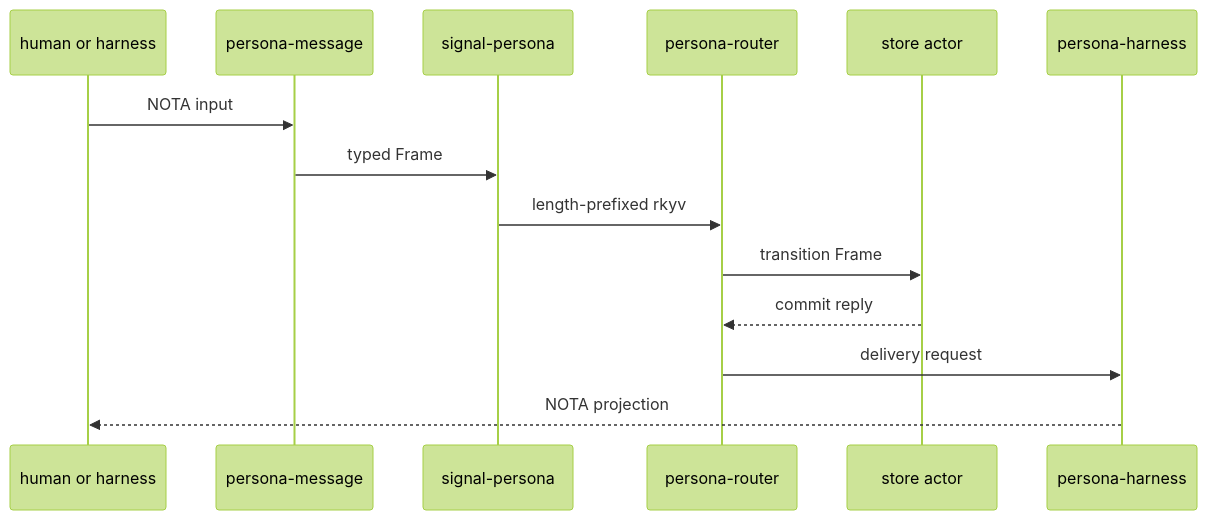
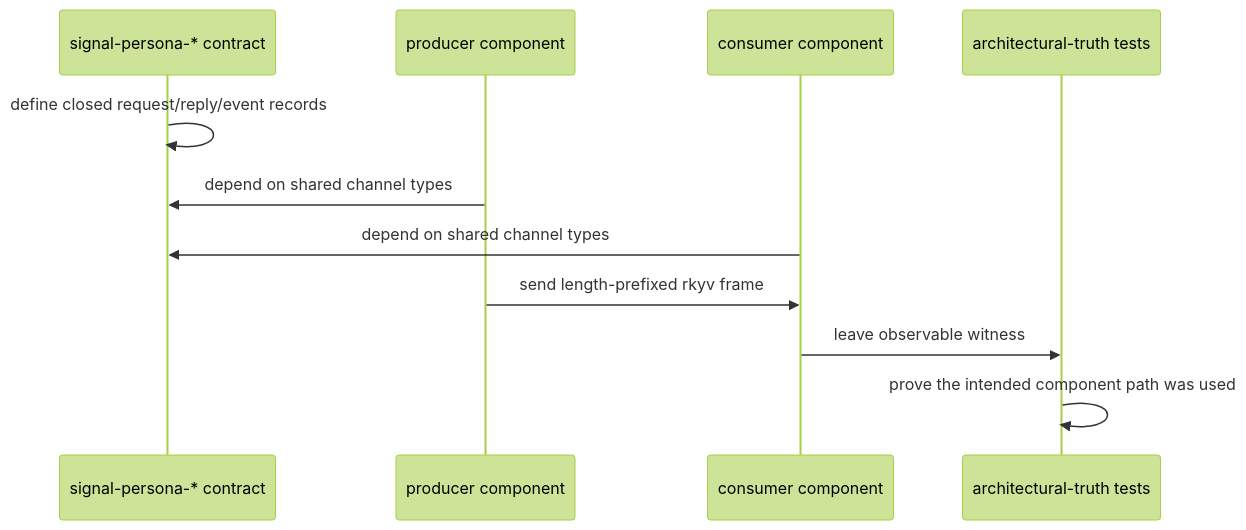
The second of 4 diagrams in ARCHITECTURE.md (LiGoldragon/persona), drawn with Mermaid (forest theme) before and after one commit. The commit also changed other lines of this file, not shown here.

Commit message:
update persona apex architecture re-read architecture-editor reporting contract-repo architectural-truth-tests

````diff
--- a/ARCHITECTURE.md
+++ b/ARCHITECTURE.md
@@ -70,17 +108,14 @@
 ```mermaid
 sequenceDiagram
-    participant Human as human or harness
-    participant Message as persona-message
-    participant Signal as signal-persona
-    participant Router as persona-router
-    participant Store as store actor
-    participant Harness as persona-harness
+    participant Contract as signal-persona-* contract
+    participant Producer as producer component
+    participant Consumer as consumer component
+    participant Tests as architectural-truth tests
 
-    Human->>Message: NOTA input
-    Message->>Signal: typed Frame
-    Signal->>Router: length-prefixed rkyv
-    Router->>Store: transition Frame
-    Store-->>Router: commit reply
-    Router->>Harness: delivery request
-    Harness-->>Human: NOTA projection
+    Contract->>Contract: define closed request/reply/event records
+    Producer->>Contract: depend on shared channel types
+    Consumer->>Contract: depend on shared channel types
+    Producer->>Consumer: send length-prefixed rkyv frame
+    Consumer->>Tests: leave observable witness
+    Tests->>Tests: prove the intended component path was used
 ```
````
